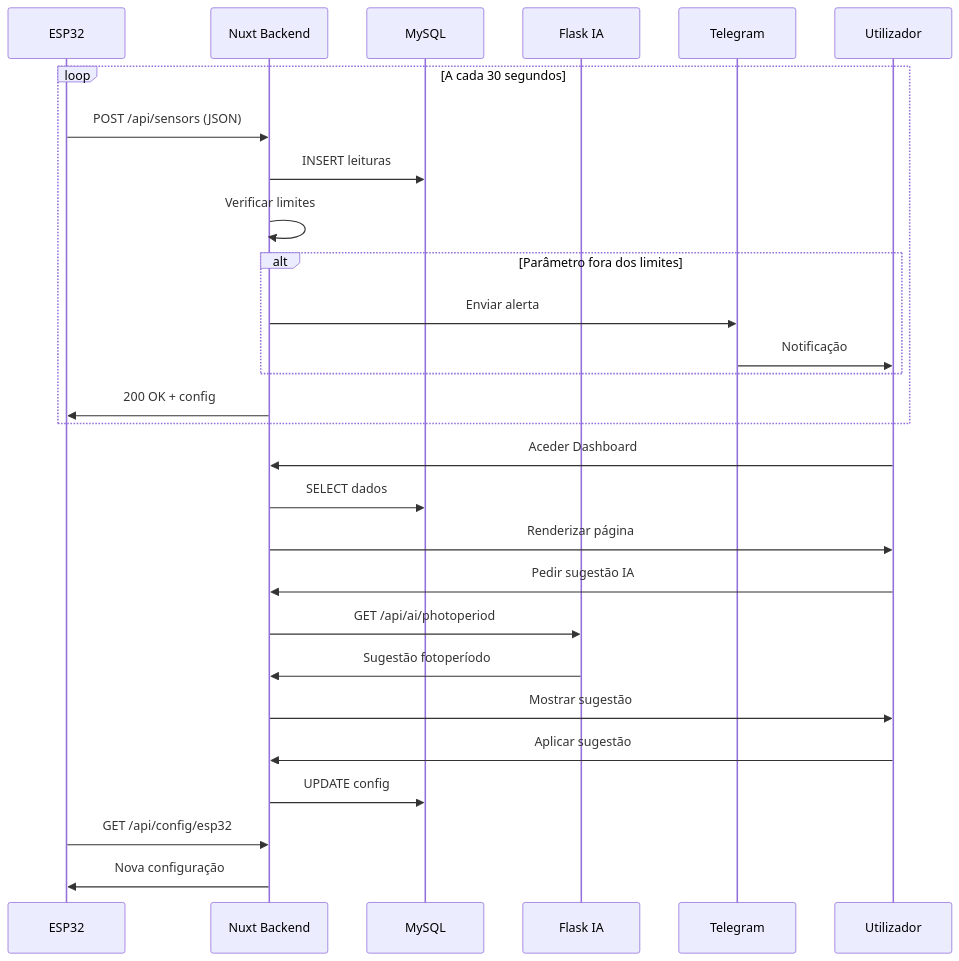
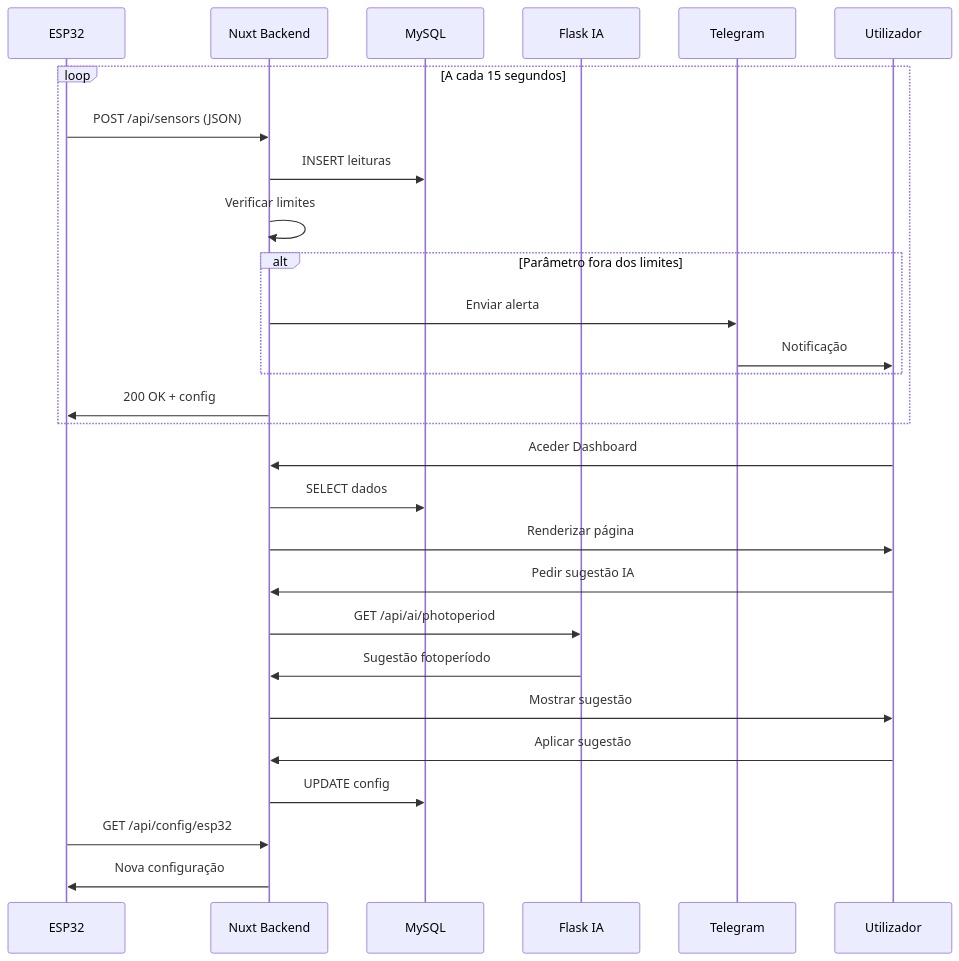
The second of 4 diagrams in Documentacao/3aEntrega/README.md (RuiOuteiro/AquaSense), drawn with Mermaid before and after one commit. The commit also changed other lines of this file, not shown here.

````diff
--- a/Documentacao/3aEntrega/README.md
+++ b/Documentacao/3aEntrega/README.md
@@ -386,34 +386,34 @@
 ```mermaid
 sequenceDiagram
     participant ESP32
     participant Backend as Nuxt Backend
     participant DB as MySQL
     participant IA as Flask IA
     participant Telegram
     participant User as Utilizador
     
-    loop A cada 30 segundos
+    loop A cada 15 segundos
         ESP32->>Backend: POST /api/sensors (JSON)
         Backend->>DB: INSERT leituras
         Backend->>Backend: Verificar limites
         alt Parâmetro fora dos limites
             Backend->>Telegram: Enviar alerta
             Telegram->>User: Notificação
         end
         Backend->>ESP32: 200 OK + config
     end
     
     User->>Backend: Aceder Dashboard
     Backend->>DB: SELECT dados
     Backend->>User: Renderizar página
     
     User->>Backend: Pedir sugestão IA
     Backend->>IA: GET /api/ai/photoperiod
     IA->>Backend: Sugestão fotoperíodo
     Backend->>User: Mostrar sugestão
     
     User->>Backend: Aplicar sugestão
     Backend->>DB: UPDATE config
     ESP32->>Backend: GET /api/config/esp32
     Backend->>ESP32: Nova configuração
 ```
````
